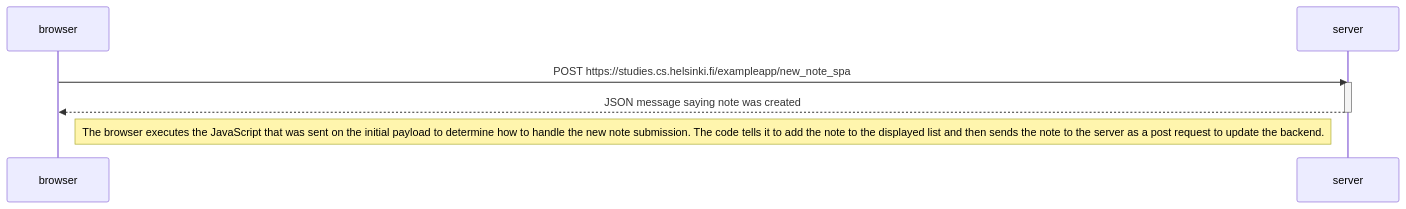
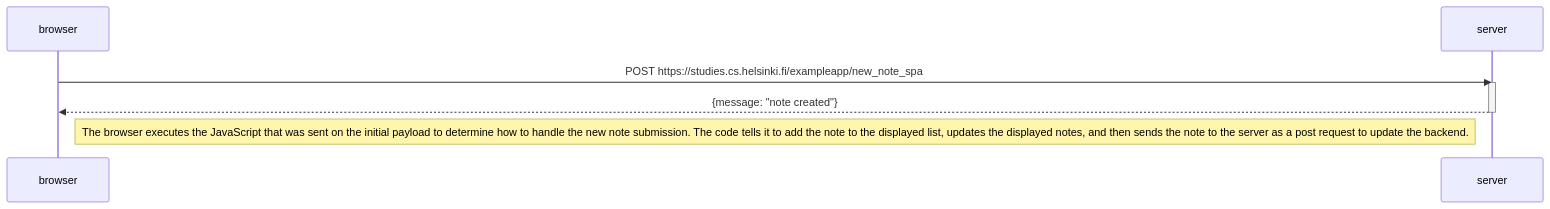
One commit to bwsrcurtis/FullStackOpen changed the diagram in Part 0 Fundamentals of Web Apps/NewNoteInSPADiagram.md. Above: the diagram before and after it, drawn with Mermaid.

Commit message:
Wording changes

````diff
--- a/Part 0 Fundamentals of Web Apps/NewNoteInSPADiagram.md
+++ b/Part 0 Fundamentals of Web Apps/NewNoteInSPADiagram.md
@@ -3,14 +3,14 @@
 ```mermaid
 sequenceDiagram
     participant browser
     participant server
 
     
     browser->>server: POST https://studies.cs.helsinki.fi/exampleapp/new_note_spa
     activate server
-    server-->>browser: JSON message saying note was created
+    server-->>browser: {message: "note created"}
     deactivate server
 
-    Note right of browser: The browser executes the JavaScript that was sent on the initial payload to determine how to handle the new note submission. The code tells it to add the note to the displayed list and then sends the note to the server as a post request to update the backend.
+    Note right of browser: The browser executes the JavaScript that was sent on the initial payload to determine how to handle the new note submission. The code tells it to add the note to the displayed list, updates the displayed notes, and then sends the note to the server as a post request to update the backend.
 
 ```
````
